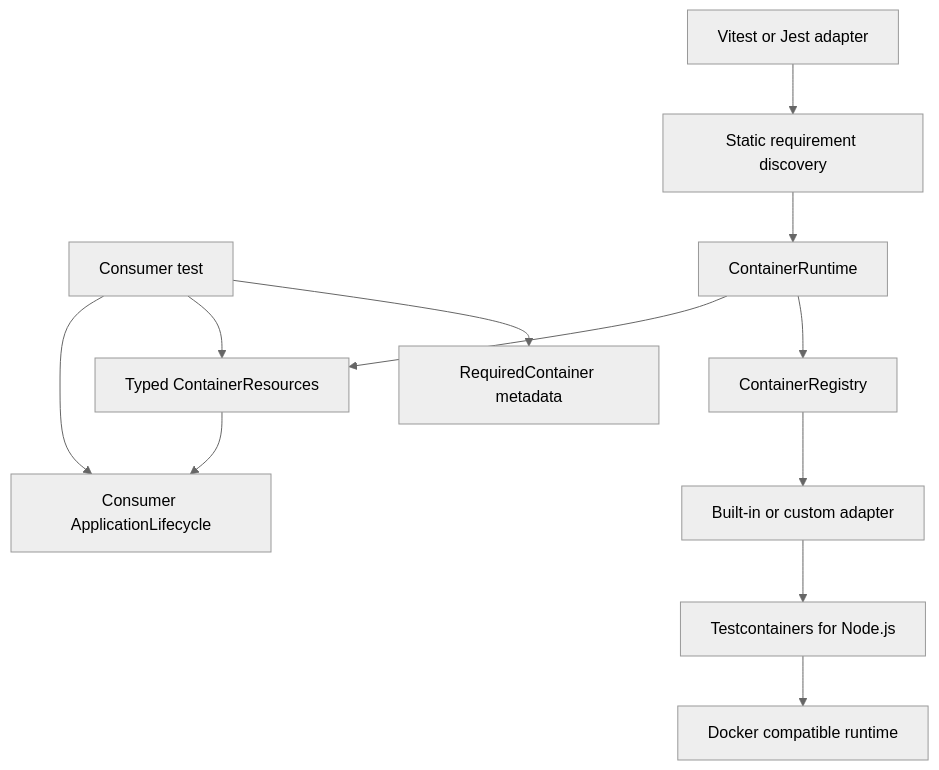
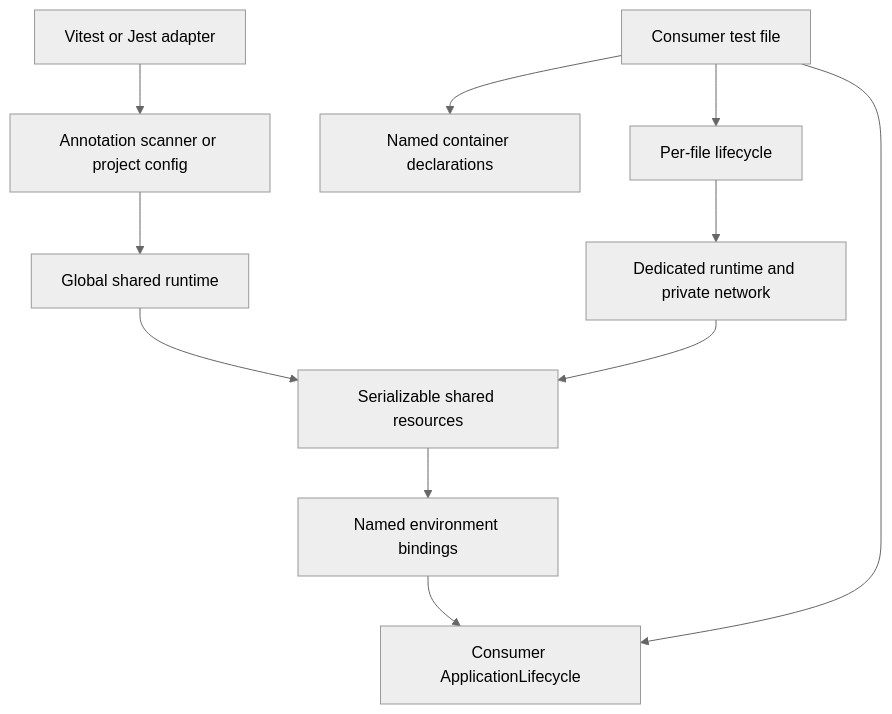
One commit to RolandSall/testcontainers-integration changed the diagram in docs/ARCHITECTURE.md. Above: the diagram before and after it, drawn with Mermaid (neutral theme). The commit also changed other lines of this file and 96 other files, not shown here.

Commit message:
feat: add named shared and dedicated container isolation

````diff
--- a/docs/ARCHITECTURE.md
+++ b/docs/ARCHITECTURE.md
@@ -5,14 +5,13 @@
 ```mermaid
 flowchart TD
-  Test[Consumer test] --> Annotation[RequiredContainer metadata]
-  Runner[Vitest or Jest adapter] --> Scanner[Static requirement discovery]
-  Scanner --> Runtime[ContainerRuntime]
-  Runtime --> Registry[ContainerRegistry]
-  Registry --> Adapter[Built-in or custom adapter]
-  Adapter --> TC[Testcontainers for Node.js]
-  TC --> Docker[Docker compatible runtime]
-  Runtime --> Resources[Typed ContainerResources]
-  Resources --> Application[Consumer ApplicationLifecycle]
-  Test --> Resources
+  Test[Consumer test file] --> Declaration[Named container declarations]
+  Runner[Vitest or Jest adapter] --> Scanner[Annotation scanner or project config]
+  Scanner --> Shared[Global shared runtime]
+  Test --> File[Per-file lifecycle]
+  File --> Dedicated[Dedicated runtime and private network]
+  Shared --> Resources[Serializable shared resources]
+  Dedicated --> Resources
+  Resources --> Environment[Named environment bindings]
+  Environment --> Application[Consumer ApplicationLifecycle]
   Test --> Application
 ```
````
